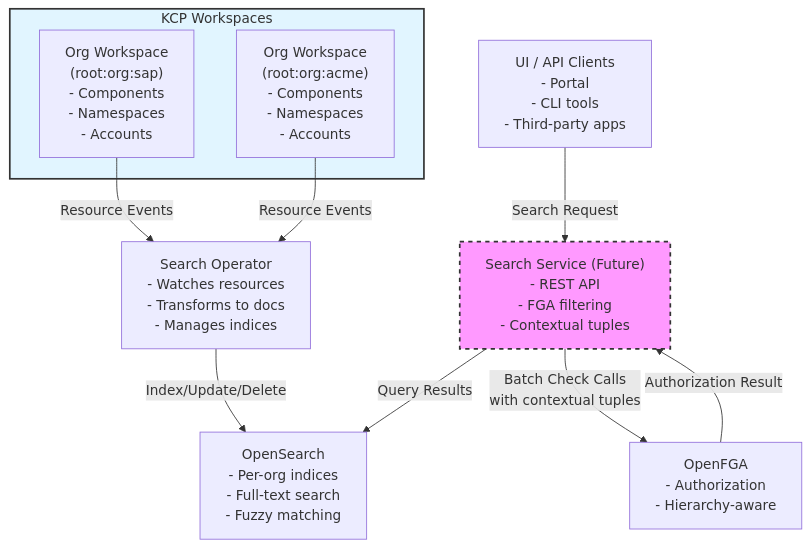
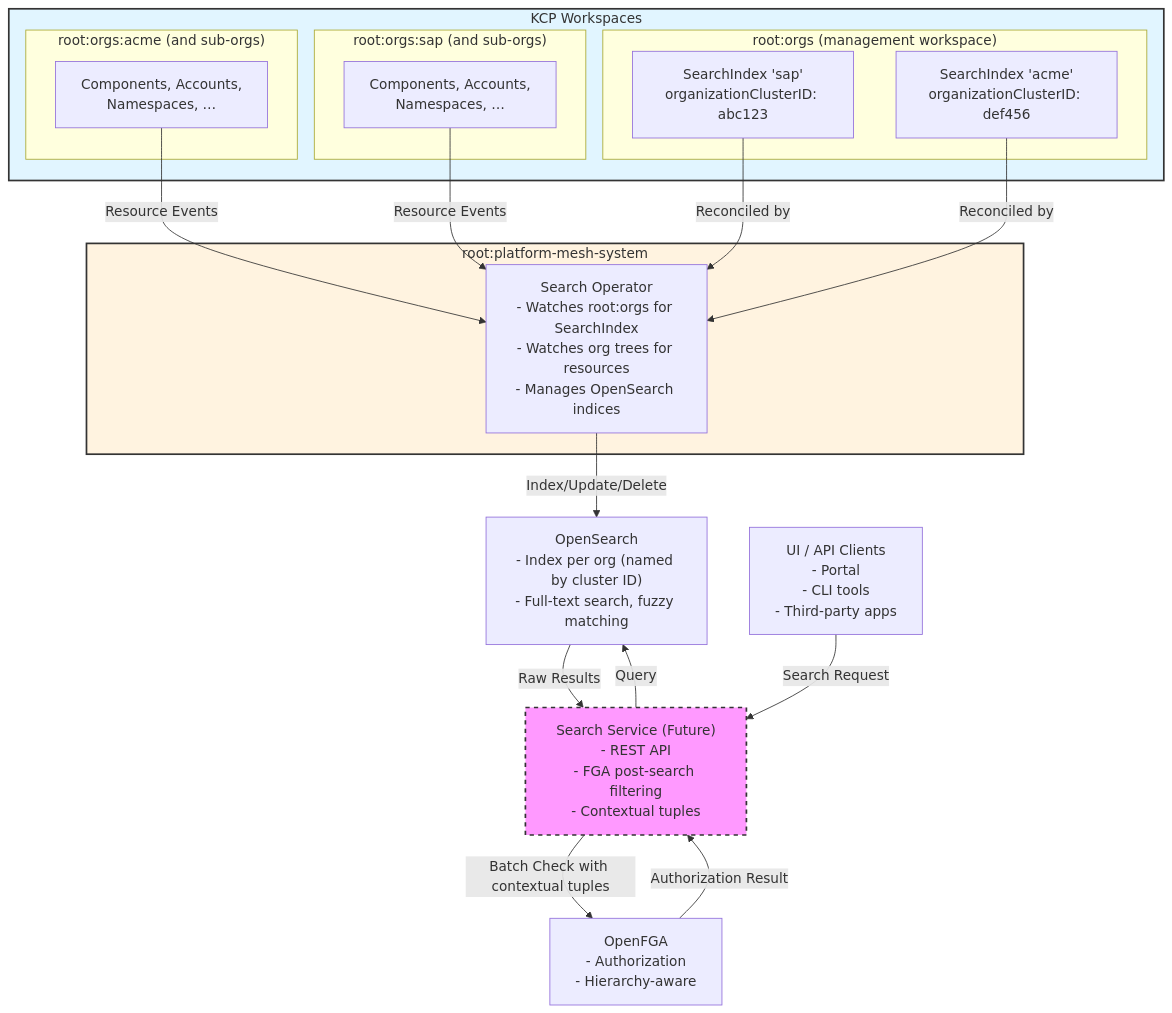
Before and after one commit to platform-mesh/architecture: the diagram in rfc/rfc-001-search-architecture.md, drawn with Mermaid. The commit also changed other lines of this file, not shown here.

First line of the commit message:
doc: search RFC clarification

````diff
--- a/rfc/rfc-001-search-architecture.md
+++ b/rfc/rfc-001-search-architecture.md
@@ -61,24 +61,39 @@
 ```mermaid
 graph TB
     subgraph KCP["KCP Workspaces"]
-        OrgSAP["Org Workspace<br/>(root:org:sap)<br/>- Components<br/>- Namespaces<br/>- Accounts"]
-        OrgACME["Org Workspace<br/>(root:org:acme)<br/>- Components<br/>- Namespaces<br/>- Accounts"]
+        subgraph OrgsWS["root:orgs (management workspace)"]
+            SISap["SearchIndex 'sap'<br/>organizationClusterID: abc123"]
+            SIAcme["SearchIndex 'acme'<br/>organizationClusterID: def456"]
+        end
+        subgraph OrgSAP["root:orgs:sap (and sub-orgs)"]
+            SAPRes["Components, Accounts,<br/>Namespaces, …"]
+        end
+        subgraph OrgACME["root:orgs:acme (and sub-orgs)"]
+            ACMERes["Components, Accounts,<br/>Namespaces, …"]
+        end
     end
 
-    SearchOp["Search Operator<br/>- Watches resources<br/>- Transforms to docs<br/>- Manages indices"]
-    OpenSearch["OpenSearch<br/>- Per-org indices<br/>- Full-text search<br/>- Fuzzy matching"]
-    SearchService["Search Service (Future)<br/>- REST API<br/>- FGA filtering<br/>- Contextual tuples"]
+    subgraph PMS["root:platform-mesh-system"]
+        SearchOp["Search Operator<br/>- Watches root:orgs for SearchIndex<br/>- Watches org trees for resources<br/>- Manages OpenSearch indices"]
+    end
+
+    OpenSearch["OpenSearch<br/>- Index per org (named by cluster ID)<br/>- Full-text search, fuzzy matching"]
+    SearchService["Search Service (Future)<br/>- REST API<br/>- FGA post-search filtering<br/>- Contextual tuples"]
     Clients["UI / API Clients<br/>- Portal<br/>- CLI tools<br/>- Third-party apps"]
     FGA["OpenFGA<br/>- Authorization<br/>- Hierarchy-aware"]
 
-    OrgSAP -->|Resource Events| SearchOp
-    OrgACME -->|Resource Events| SearchOp
+    SISap -->|Reconciled by| SearchOp
+    SIAcme -->|Reconciled by| SearchOp
+    SAPRes -->|Resource Events| SearchOp
+    ACMERes -->|Resource Events| SearchOp
     SearchOp -->|Index/Update/Delete| OpenSearch
-    SearchService -->|Query Results| OpenSearch
-    SearchService -->|Batch Check Calls<br/>with contextual tuples| FGA
+    SearchService -->|Query| OpenSearch
+    OpenSearch -->|Raw Results| SearchService
+    SearchService -->|Batch Check with contextual tuples| FGA
     FGA -->|Authorization Result| SearchService
     Clients -->|Search Request| SearchService
 
     style SearchService fill:#f9f,stroke:#333,stroke-width:2px,stroke-dasharray: 5 5
     style KCP fill:#e1f5ff,stroke:#333,stroke-width:2px
+    style PMS fill:#fff3e0,stroke:#333,stroke-width:2px
 ```
````
